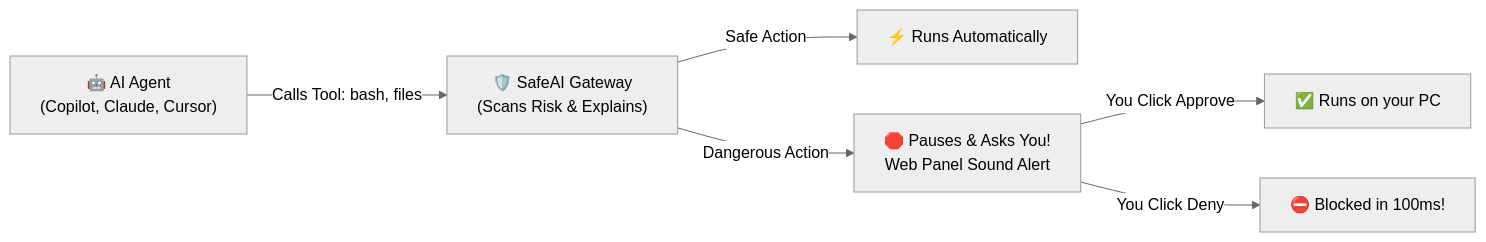
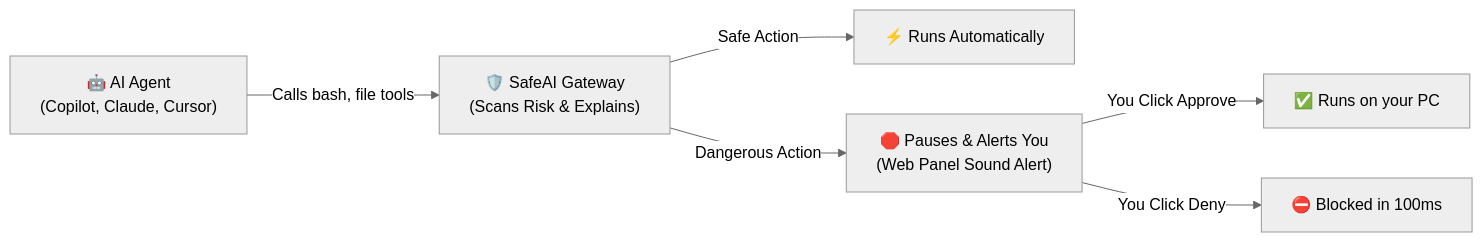
One commit to fuatu/safeai changed the diagram in README.md. Above: the diagram before and after it, drawn with Mermaid (neutral theme). The commit also changed other lines of this file and 2 other files, not shown here.

````diff
--- a/README.md
+++ b/README.md
@@ -17,8 +17,8 @@
 ```mermaid
-graph LR
-    Agent["🤖 AI Agent<br/>(Copilot, Claude, Cursor)"] -->|Calls Tool: bash, files| SafeAI["🛡️ SafeAI Gateway<br/>(Scans Risk & Explains)"]
-    SafeAI -->|Safe Action| Auto["⚡ Runs Automatically"]
-    SafeAI -->|Dangerous Action| Human["🛑 Pauses & Asks You!<br/>Web Panel Sound Alert"]
-    Human -->|You Click Approve| Runs["✅ Runs on your PC"]
-    Human -->|You Click Deny| Abort["⛔ Blocked in 100ms!"]
+flowchart LR
+    Agent["🤖 AI Agent<br>(Copilot, Claude, Cursor)"] -->|"Calls bash, file tools"| SafeAI["🛡️ SafeAI Gateway<br>(Scans Risk & Explains)"]
+    SafeAI -->|"Safe Action"| Auto["⚡ Runs Automatically"]
+    SafeAI -->|"Dangerous Action"| Human["🛑 Pauses & Alerts You<br>(Web Panel Sound Alert)"]
+    Human -->|"You Click Approve"| Runs["✅ Runs on your PC"]
+    Human -->|"You Click Deny"| Abort["⛔ Blocked in 100ms"]
 ```
````
